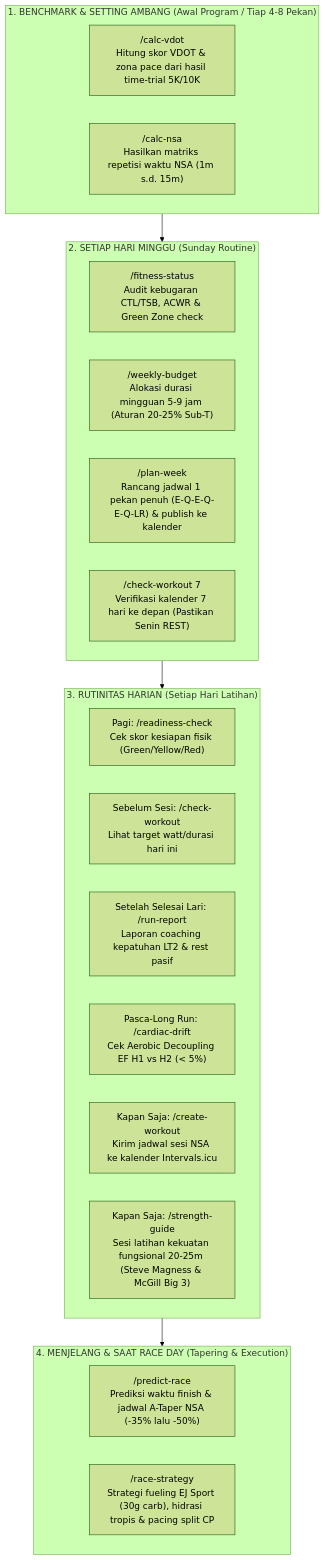
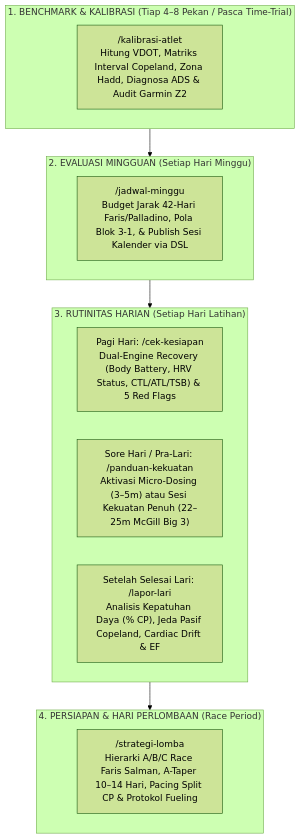
The diagram in docs/WORKFLOWS-GUIDE.md (hadidwirsty/intervals-icu-mcp), drawn with Mermaid (forest theme) before and after one commit. The commit also changed other lines of this file and 66 other files, not shown here.

Commit message:
feat: synchronize 39 MCP tools, Hadd physiology engine, and 6 unified skills (Zero PII)

````diff
--- a/docs/WORKFLOWS-GUIDE.md
+++ b/docs/WORKFLOWS-GUIDE.md
@@ -10,32 +10,24 @@
 ```mermaid
 graph TD
-    subgraph A["1. BENCHMARK & SETTING AMBANG (Awal Program / Tiap 4-8 Pekan)"]
-        W1["/calc-vdot<br/>Hitung skor VDOT & zona pace dari hasil time-trial 5K/10K"]
-        W2["/calc-nsa<br/>Hasilkan matriks repetisi waktu NSA (1m s.d. 15m)"]
+    subgraph A["1. BENCHMARK & KALIBRASI (Tiap 4–8 Pekan / Pasca Time-Trial)"]
+        W1["/kalibrasi-atlet<br/>Hitung VDOT, Matriks Interval Copeland, Zona Hadd, Diagnosa ADS & Audit Garmin Z2"]
     end
 
-    subgraph B["2. SETIAP HARI MINGGU (Sunday Routine)"]
-        W3["/fitness-status<br/>Audit kebugaran CTL/TSB, ACWR & Green Zone check"]
-        W4["/weekly-budget<br/>Alokasi durasi mingguan 5-9 jam (Aturan 20-25% Sub-T)"]
-        W5["/plan-week<br/>Rancang jadwal 1 pekan penuh (E-Q-E-Q-E-Q-LR) & publish ke kalender"]
-        W6["/check-workout 7<br/>Verifikasi kalender 7 hari ke depan (Pastikan Senin REST)"]
+    subgraph B["2. EVALUASI MINGGUAN (Setiap Hari Minggu)"]
+        W2["/jadwal-minggu<br/>Budget Jarak 42-Hari Faris/Palladino, Pola Blok 3-1, & Publish Sesi Kalender via DSL"]
     end
 
     subgraph C["3. RUTINITAS HARIAN (Setiap Hari Latihan)"]
-        W7["Pagi: /readiness-check<br/>Cek skor kesiapan fisik (Green/Yellow/Red)"]
-        W8["Sebelum Sesi: /check-workout<br/>Lihat target watt/durasi hari ini"]
-        W9["Setelah Selesai Lari: /run-report<br/>Laporan coaching kepatuhan LT2 & rest pasif"]
-        W10["Pasca-Long Run: /cardiac-drift<br/>Cek Aerobic Decoupling EF H1 vs H2 (< 5%)"]
-        W11["Kapan Saja: /create-workout<br/>Kirim jadwal sesi NSA ke kalender Intervals.icu"]
-        W14["Kapan Saja: /strength-guide<br/>Sesi latihan kekuatan fungsional 20-25m (Steve Magness & McGill Big 3)"]
+        W3["Pagi Hari: /cek-kesiapan<br/>Dual-Engine Recovery (Body Battery, HRV Status, CTL/ATL/TSB) & 5 Red Flags"]
+        W4["Sore Hari / Pra-Lari: /panduan-kekuatan<br/>Aktivasi Micro-Dosing (3–5m) atau Sesi Kekuatan Penuh (22–25m McGill Big 3)"]
+        W5["Setelah Selesai Lari: /lapor-lari<br/>Analisis Kepatuhan Daya (% CP), Jeda Pasif Copeland, Cardiac Drift & EF"]
     end
 
-    subgraph D["4. MENJELANG & SAAT RACE DAY (Tapering & Execution)"]
-        W12["/predict-race<br/>Prediksi waktu finish & jadwal A-Taper NSA (-35% lalu -50%)"]
-        W13["/race-strategy<br/>Strategi fueling EJ Sport (30g carb), hidrasi tropis & pacing split CP"]
+    subgraph D["4. PERSIAPAN & HARI PERLOMBAAN (Race Period)"]
+        W6["/strategi-lomba<br/>Hierarki A/B/C Race Faris Salman, A-Taper 10–14 Hari, Pacing Split CP & Protokol Fueling"]
     end
 
     A --> B
     B --> C
     C --> D
 ```
````
